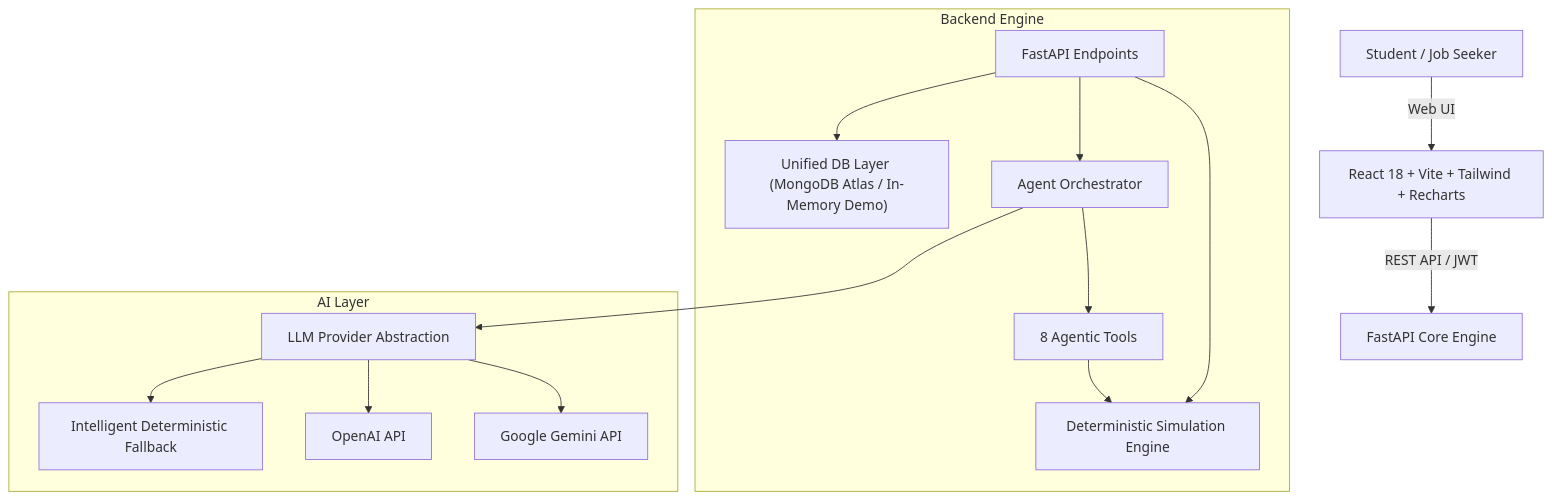
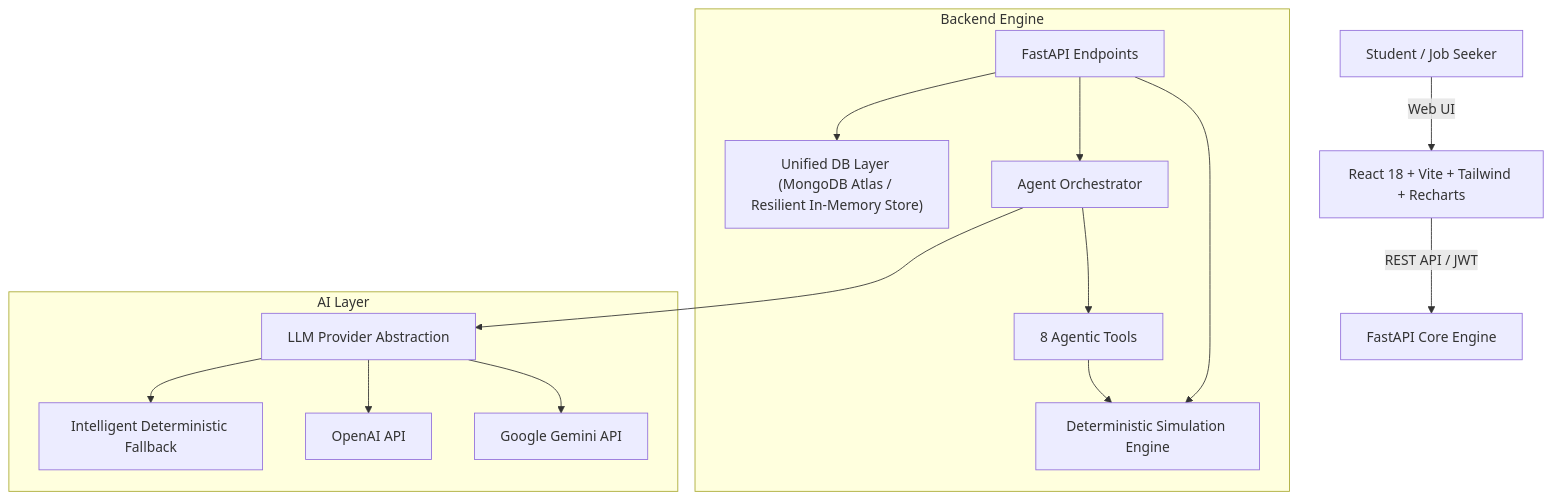
The diagram in README.md (chinmaynaik295-dev/career-twin-ai), drawn with Mermaid before and after one commit. The commit also changed other lines of this file and 72 other files, not shown here.

````diff
--- a/README.md
+++ b/README.md
@@ -29,31 +29,31 @@
 ```mermaid
 flowchart TD
     User["Student / Job Seeker"] -->|Web UI| Frontend["React 18 + Vite + Tailwind + Recharts"]
     Frontend -->|REST API / JWT| Backend["FastAPI Core Engine"]
     
     subgraph "Backend Engine"
         API["FastAPI Endpoints"]
         SimEngine["Deterministic Simulation Engine"]
         AgentOrch["Agent Orchestrator"]
         Tools["8 Agentic Tools"]
-        DBLayer["Unified DB Layer (MongoDB Atlas / In-Memory Demo)"]
+        DBLayer["Unified DB Layer (MongoDB Atlas / Resilient In-Memory Store)"]
     end
 
     API --> SimEngine
     API --> AgentOrch
     AgentOrch --> Tools
     Tools --> SimEngine
     API --> DBLayer
 
     subgraph "AI Layer"
         Provider["LLM Provider Abstraction"]
         Gemini["Google Gemini API"]
         OpenAI["OpenAI API"]
         RuleEngine["Intelligent Deterministic Fallback"]
     end
 
     AgentOrch --> Provider
     Provider --> Gemini
     Provider --> OpenAI
     Provider --> RuleEngine
 ```
````
